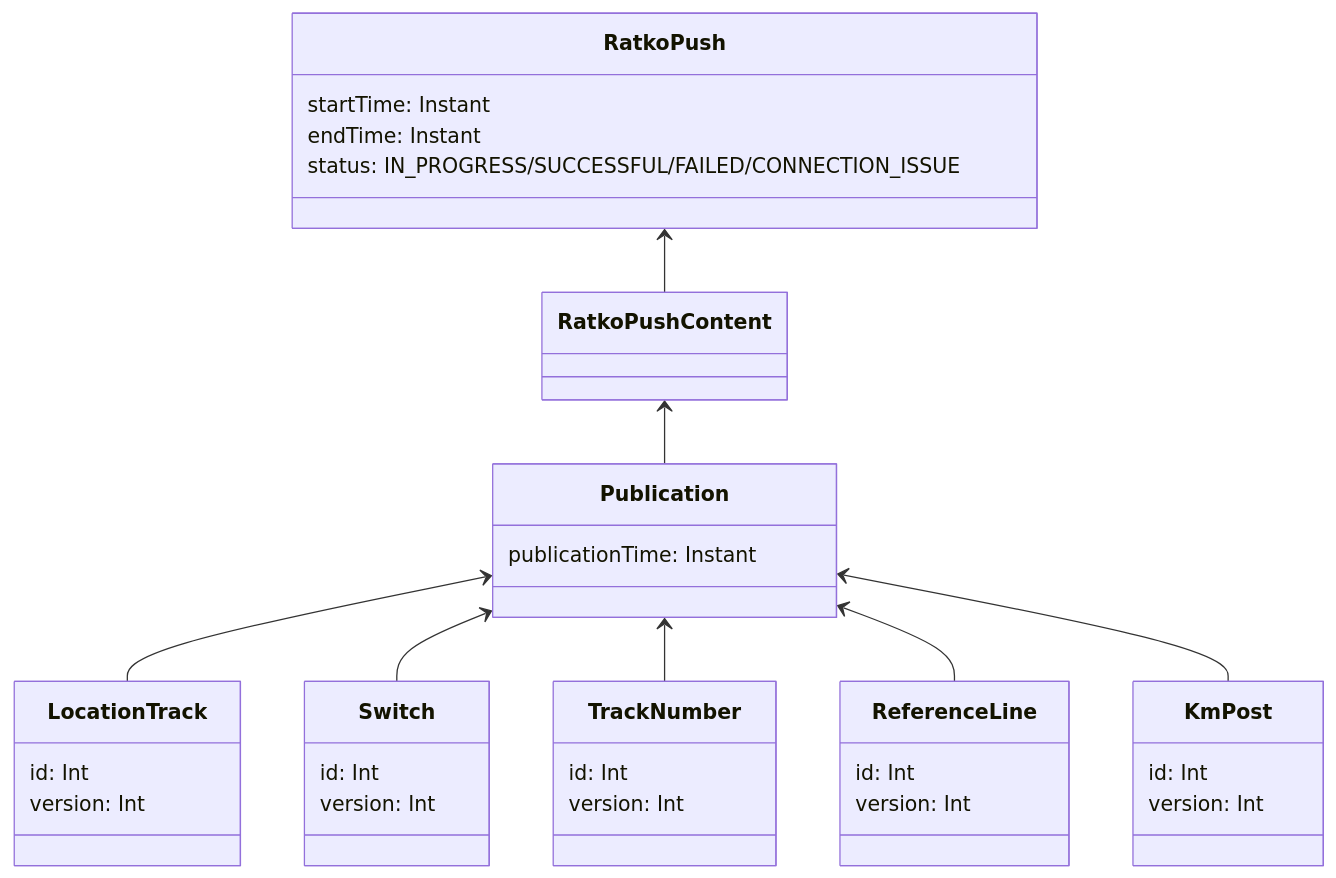
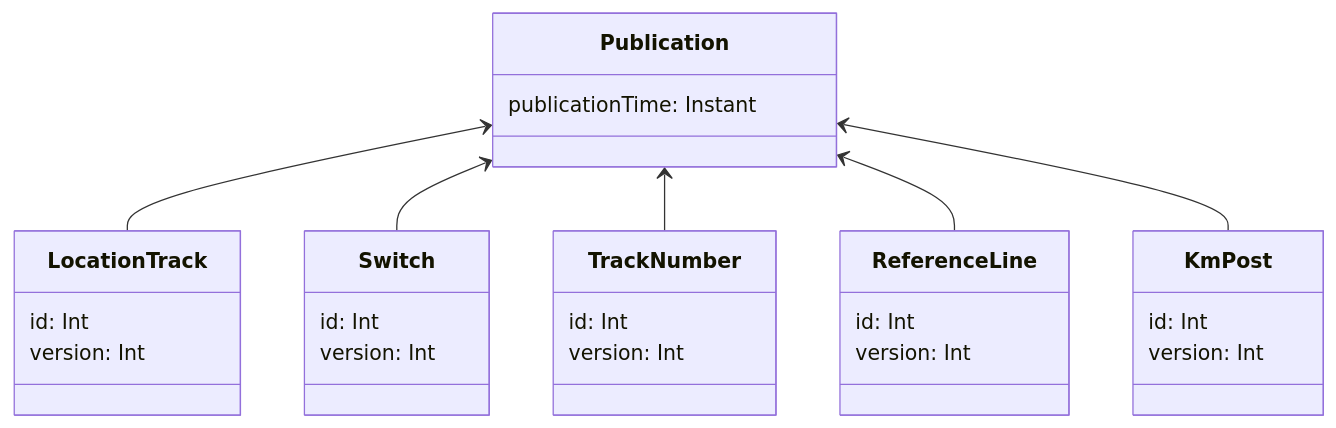
Before and after one commit to finnishtransportagency/geoviite: the diagram in doc/julkaisut.md, drawn with Mermaid. The commit also changed other lines of this file and 1 other file, not shown here.

Commit message:
GVT-2293: Ratko integration documentation

````diff
--- a/doc/julkaisut.md
+++ b/doc/julkaisut.md
@@ -19,40 +18,31 @@
 ```mermaid
 classDiagram
     class Publication {
         publicationTime: Instant
     }
     class LocationTrack {
         id: Int
         version: Int
     }
     class Switch {
         id: Int
         version: Int
     }
     class TrackNumber {
         id: Int
         version: Int
     }
     class ReferenceLine {
         id: Int
         version: Int
     }
     class KmPost {
         id: Int
         version: Int
     }
-    class RatkoPush {
-        startTime: Instant
-        endTime: Instant
-        status: IN_PROGRESS/SUCCESSFUL/FAILED/CONNECTION_ISSUE
-    }
-    class RatkoPushContent
-
-    RatkoPush <-- RatkoPushContent
-    RatkoPushContent <-- Publication
     Publication <-- LocationTrack
     Publication <-- Switch
     Publication <-- TrackNumber
     Publication <-- ReferenceLine
     Publication <-- KmPost
 ```
````
